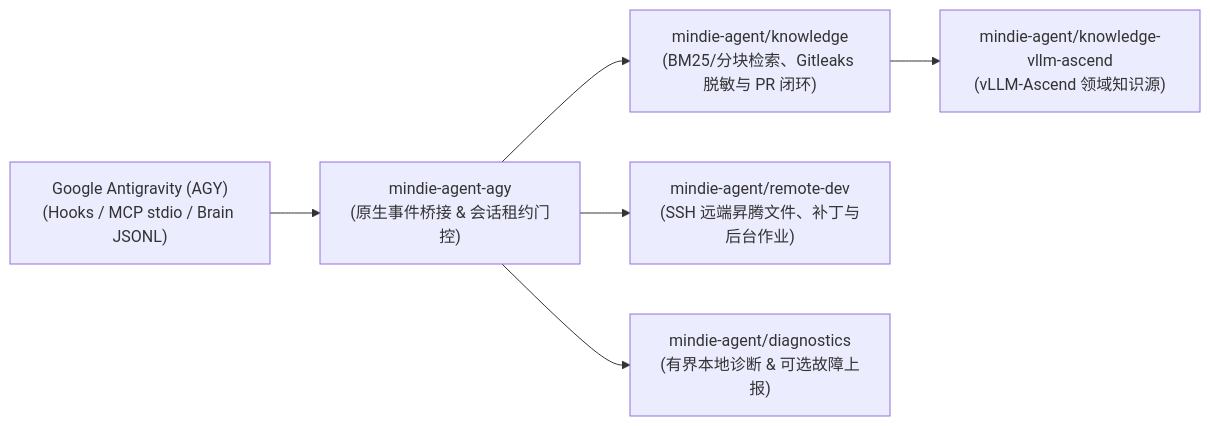
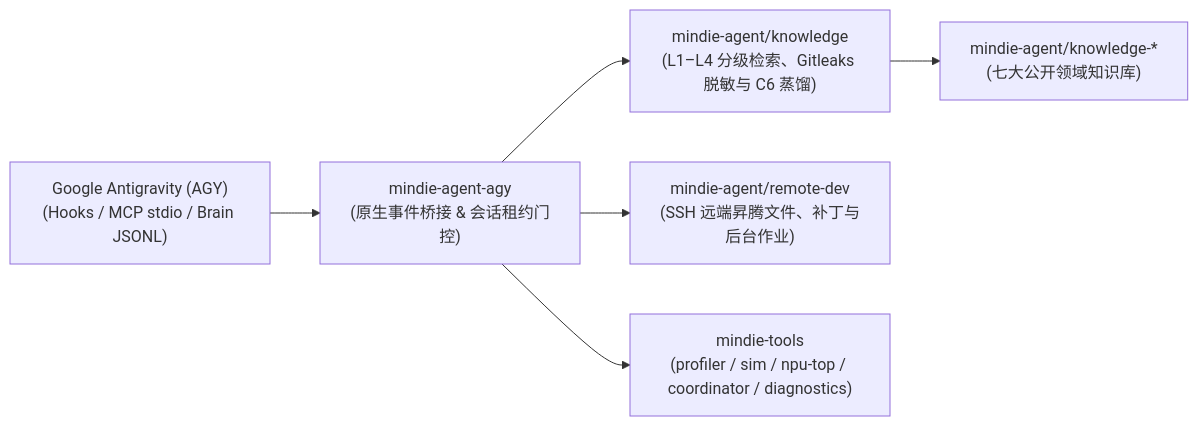
Before and after one commit to mindie-agent/mindie-agent-agy: the diagram in README.md, drawn with Mermaid. The commit also changed other lines of this file and 8 other files, not shown here.

Commit message:
feat(agy): sync 7 runtime component versions, wire npu_top & AGY_CONVERSATION_ID, and enforce agent-only install

````diff
--- a/README.md
+++ b/README.md
@@ -163,8 +149,8 @@
 ```mermaid
 flowchart LR
   AGY["Google Antigravity (AGY)<br/>(Hooks / MCP stdio / Brain JSONL)"] --> Entry["mindie-agent-agy<br/>(原生事件桥接 & 会话租约门控)"]
-  Entry --> Knowledge["mindie-agent/knowledge<br/>(BM25/分块检索、Gitleaks 脱敏与 PR 闭环)"]
-  Knowledge --> Feed["mindie-agent/knowledge-vllm-ascend<br/>(vLLM-Ascend 领域知识源)"]
+  Entry --> Knowledge["mindie-agent/knowledge<br/>(L1–L4 分级检索、Gitleaks 脱敏与 C6 蒸馏)"]
+  Knowledge --> Feed["mindie-agent/knowledge-*<br/>(七大公开领域知识库)"]
   Entry --> RemoteDev["mindie-agent/remote-dev<br/>(SSH 远端昇腾文件、补丁与后台作业)"]
-  Entry --> Diagnostics["mindie-agent/diagnostics<br/>(有界本地诊断 & 可选故障上报)"]
+  Entry --> Tools["mindie-tools<br/>(profiler / sim / npu-top / coordinator / diagnostics)"]
 ```
````
